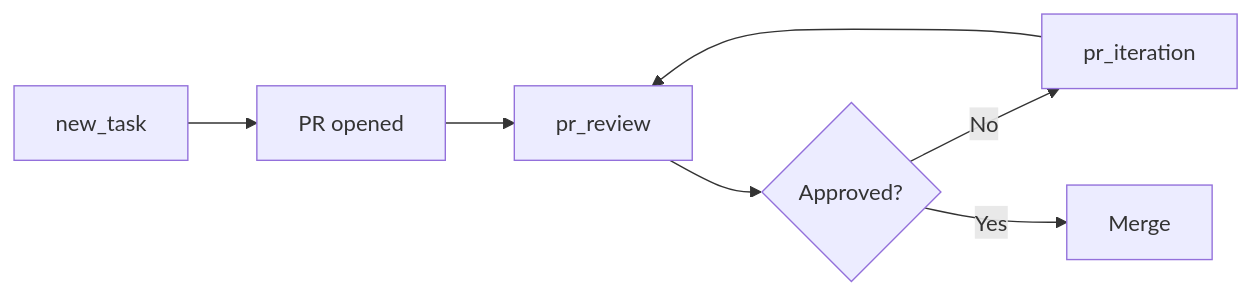
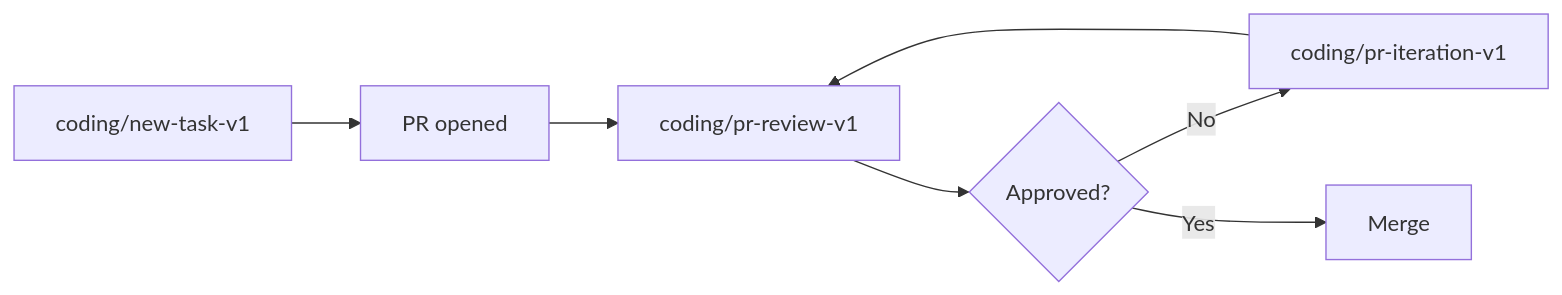
The second of 3 diagrams in docs/guides/USER_GUIDE.md (aws-samples/sample-autonomous-cloud-coding-agents), drawn with Mermaid before and after one commit. The commit also changed other lines of this file and 127 other files, not shown here.

````diff
--- a/docs/guides/USER_GUIDE.md
+++ b/docs/guides/USER_GUIDE.md
@@ -254,9 +258,9 @@
 ```mermaid
 flowchart LR
-    A[new_task] --> B[PR opened]
-    B --> C[pr_review]
+    A[coding/new-task-v1] --> B[PR opened]
+    B --> C[coding/pr-review-v1]
     C --> D{Approved?}
-    D -- No --> E[pr_iteration]
+    D -- No --> E[coding/pr-iteration-v1]
     E --> C
     D -- Yes --> F[Merge]
 ```
````
